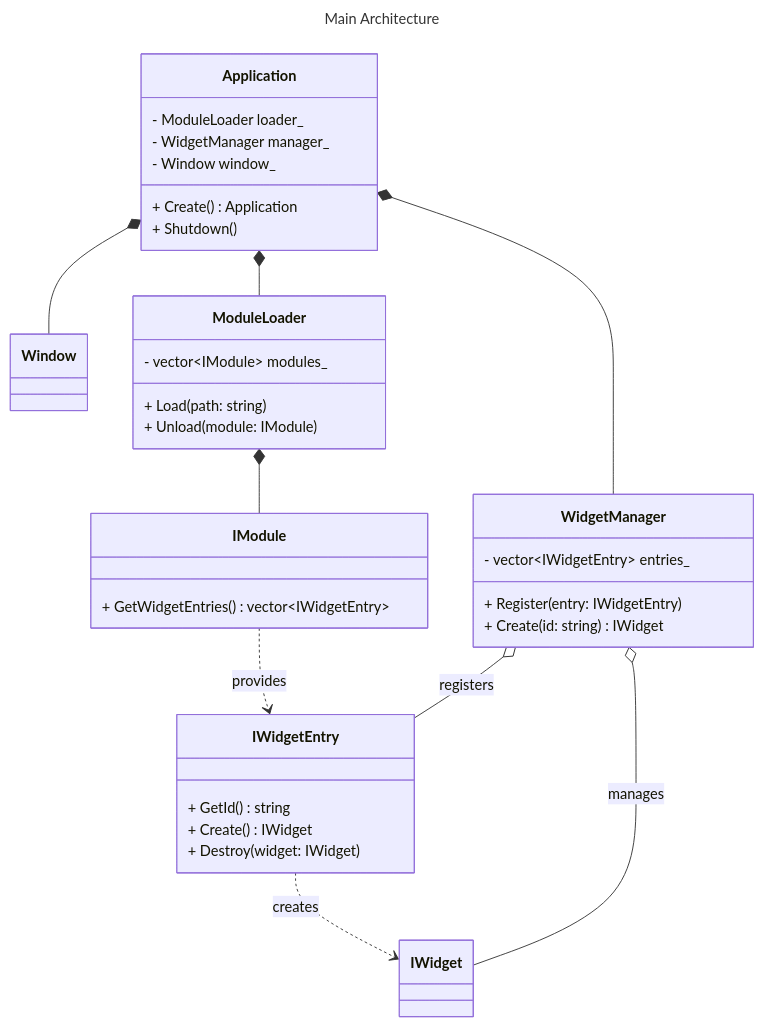
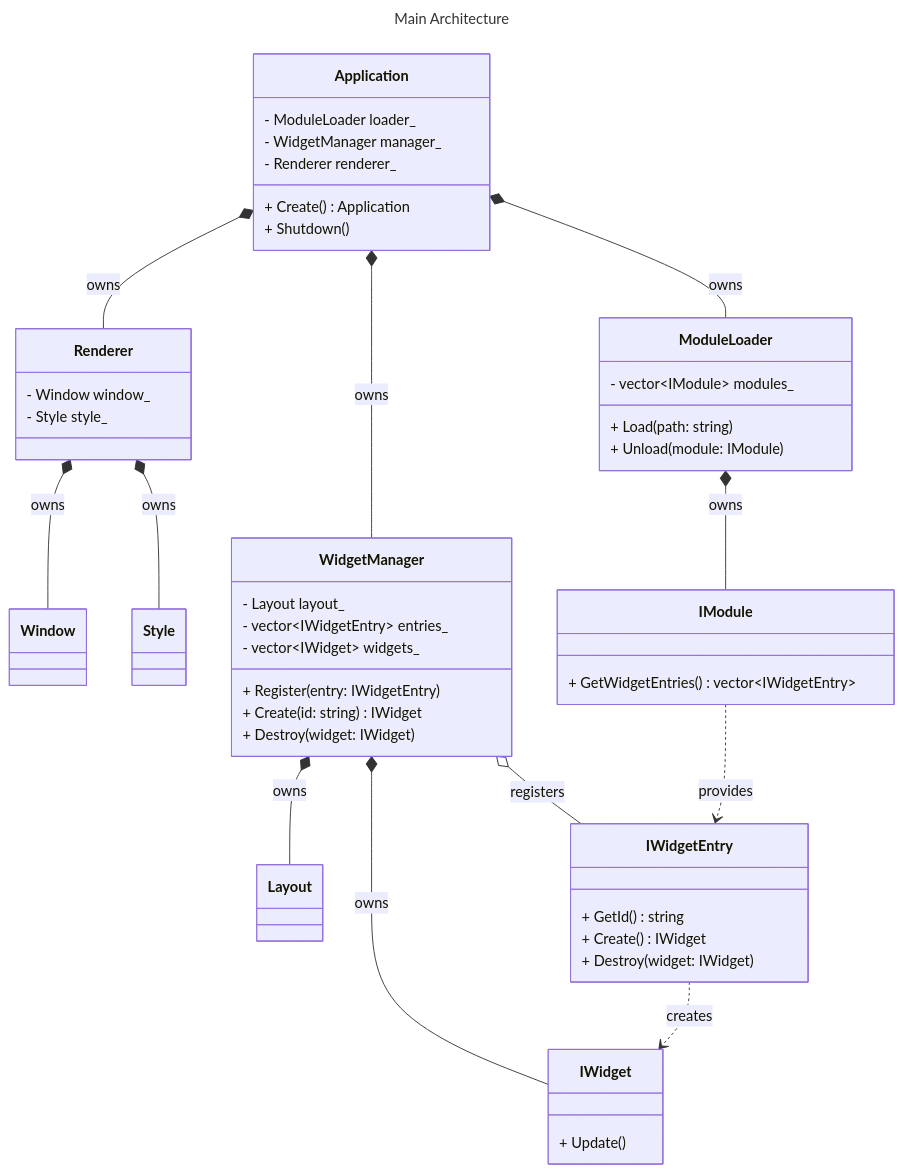
Before and after one commit to Arc-Asumity/broise: the diagram in docs/UML.md, drawn with Mermaid.

Commit message:
docs(uml): update UML
update the architecture with change the UML

````diff
--- a/docs/UML.md
+++ b/docs/UML.md
@@ -1,49 +1,68 @@
 ```mermaid
 ---
 title: Main Architecture
 ---
 classDiagram
-    class Application {
-        - ModuleLoader loader_
-        - WidgetManager manager_
-        - Window window_
-        + Create() Application
-        + Shutdown()
+class Application {
+- ModuleLoader loader_
+- WidgetManager manager_
+- Renderer renderer_
++ Create() Application
++ Shutdown()
+}
+
+class Renderer {
+- Window window_
+- Style style_
+}
+
+class Window
+class Style
+
+class ModuleLoader {
+- vector~IModule~ modules_
++ Load(path: string)
++ Unload(module: IModule)
+}
+
+class WidgetManager {
+- Layout layout_
+- vector~IWidgetEntry~ entries_
+- vector~IWidget~ widgets_
++ Register(entry: IWidgetEntry)
++ Create(id: string) IWidget
++ Destroy(widget: IWidget)
+}
+
+class Layout
+
+class IModule {
++ GetWidgetEntries() vector~IWidgetEntry~
+}
+
+class IWidgetEntry {
++ GetId() string
++ Create() IWidget
++ Destroy(widget: IWidget)
     }
 
-    class Window
+class IWidget {
++ Update()
+}
 
-    class ModuleLoader {
-        - vector~IModule~ modules_
-        + Load(path: string)
-        + Unload(module: IModule)
-    }
+Application *-- ModuleLoader : owns
+Application *-- WidgetManager : owns
+Application *-- Renderer : owns
 
-    class WidgetManager {
-        - vector~IWidgetEntry~ entries_
-        + Register(entry: IWidgetEntry)
-        + Create(id: string) IWidget
-    }
+Renderer *-- Window : owns
+Renderer *-- Style : owns
 
-    class IModule {
-        + GetWidgetEntries() vector~IWidgetEntry~
-    }
+WidgetManager *-- Layout : owns
+WidgetManager o-- IWidgetEntry : registers
+WidgetManager *-- IWidget : owns
 
-    class IWidgetEntry {
-        + GetId() string
-        + Create() IWidget
-        + Destroy(widget: IWidget)
-    }
+ModuleLoader *-- IModule : owns
+IModule ..> IWidgetEntry : provides
 
-    class IWidget
-
-    Application *-- ModuleLoader
-    Application *-- WidgetManager
-    Application *-- Window
-
-    ModuleLoader *-- IModule
-    IModule ..> IWidgetEntry : provides
-    WidgetManager o-- IWidgetEntry : registers
-    IWidgetEntry ..> IWidget : creates
-    WidgetManager o-- IWidget : manages
+IWidgetEntry ..> IWidget : creates
 ```
````
